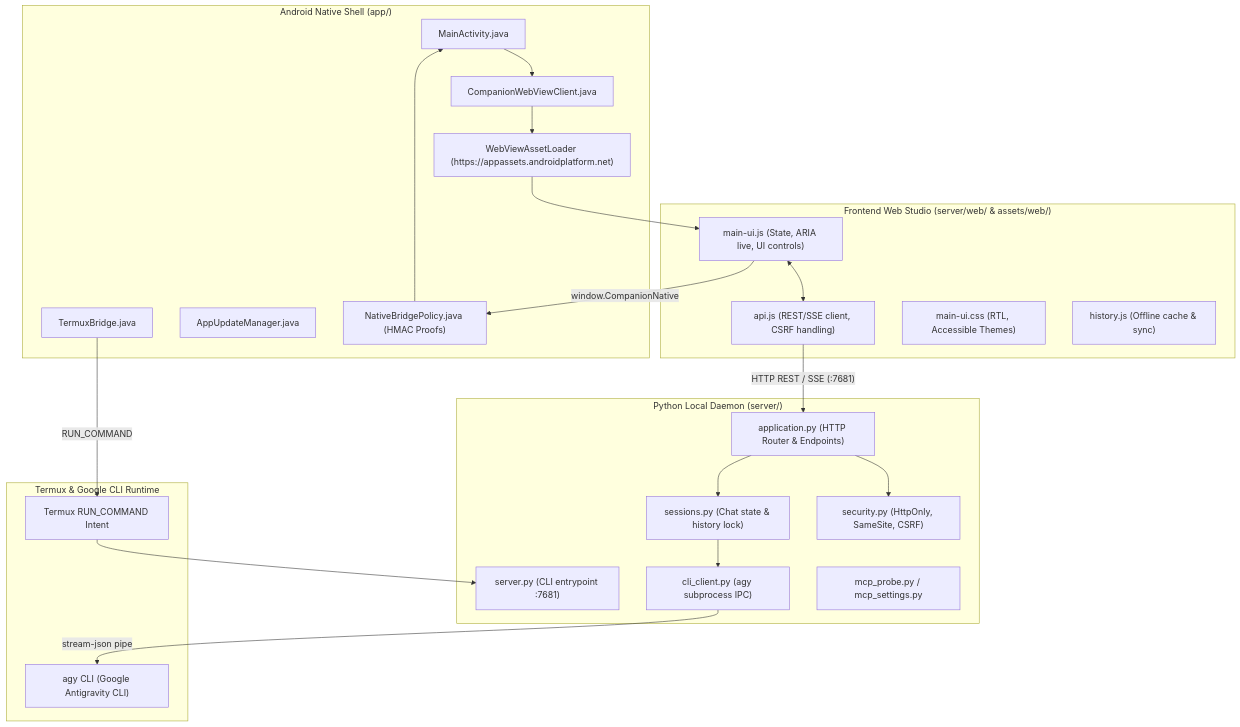
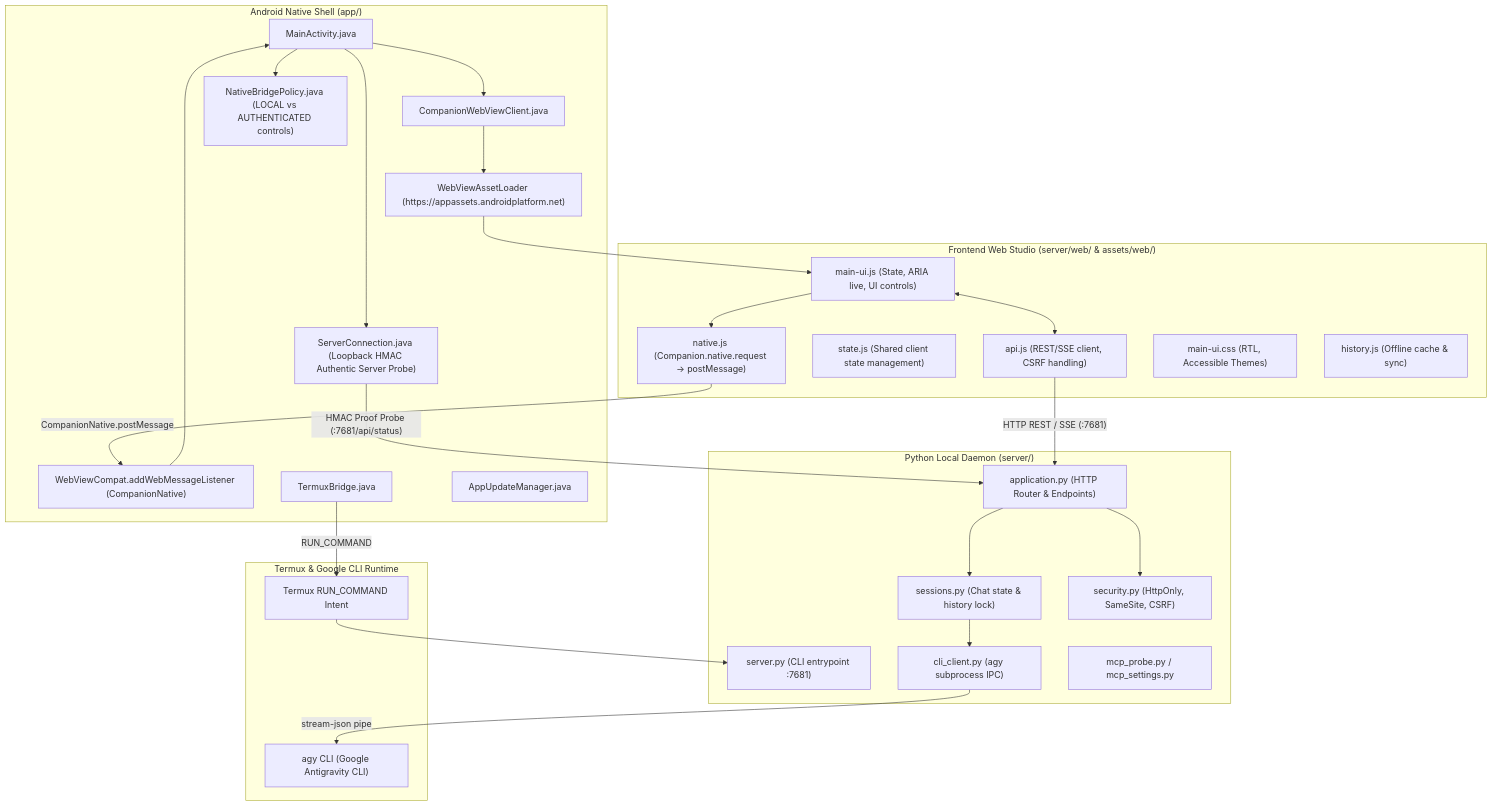
Before and after one commit to ahanafy41/antigravity-companion: the diagram in CODE_MAP.md, drawn with Mermaid. The commit also changed other lines of this file and 1 other file, not shown here.

Commit message:
fix: address code review feedback on native bridge, asset inventory, and recipes

````diff
--- a/CODE_MAP.md
+++ b/CODE_MAP.md
@@ -13,46 +13,54 @@
 ```mermaid
 graph TD
     subgraph AndroidNative ["Android Native Shell (app/)"]
         MA["MainActivity.java"]
         CWV["CompanionWebViewClient.java"]
         WAL["WebViewAssetLoader (https://appassets.androidplatform.net)"]
+        WML["WebViewCompat.addWebMessageListener (CompanionNative)"]
         TB["TermuxBridge.java"]
         AUM["AppUpdateManager.java"]
-        NBP["NativeBridgePolicy.java (HMAC Proofs)"]
+        NBP["NativeBridgePolicy.java (LOCAL vs AUTHENTICATED controls)"]
+        SC["ServerConnection.java (Loopback HMAC Authentic Server Probe)"]
     end
 
     subgraph WebFrontend ["Frontend Web Studio (server/web/ & assets/web/)"]
         UI["main-ui.js (State, ARIA live, UI controls)"]
+        NAT["native.js (Companion.native.request -> postMessage)"]
+        STATE["state.js (Shared client state management)"]
         API["api.js (REST/SSE client, CSRF handling)"]
         CSS["main-ui.css (RTL, Accessible Themes)"]
         HIST["history.js (Offline cache & sync)"]
     end
 
     subgraph PythonBackend ["Python Local Daemon (server/)"]
         SRV["server.py (CLI entrypoint :7681)"]
         APP["application.py (HTTP Router & Endpoints)"]
         SESS["sessions.py (Chat state & history lock)"]
         CLI["cli_client.py (agy subprocess IPC)"]
         SEC["security.py (HttpOnly, SameSite, CSRF)"]
         MCP["mcp_probe.py / mcp_settings.py"]
     end
 
     subgraph TermuxCli ["Termux & Google CLI Runtime"]
         AGY["agy CLI (Google Antigravity CLI)"]
         RUN["Termux RUN_COMMAND Intent"]
     end
 
     MA --> CWV
     CWV --> WAL
     WAL --> UI
+    UI --> NAT
+    NAT -- "CompanionNative.postMessage" --> WML
+    WML --> MA
+    MA --> NBP
+    MA --> SC
     UI <--> API
     API -- "HTTP REST / SSE (:7681)" --> APP
     APP --> SEC
     APP --> SESS
     SESS --> CLI
     CLI -- "stream-json pipe" --> AGY
     TB -- "RUN_COMMAND" --> RUN
     RUN --> SRV
-    UI -- "window.CompanionNative" --> NBP
-    NBP --> MA
+    SC -- "HMAC Proof Probe (:7681/api/status)" --> APP
 ```
````
